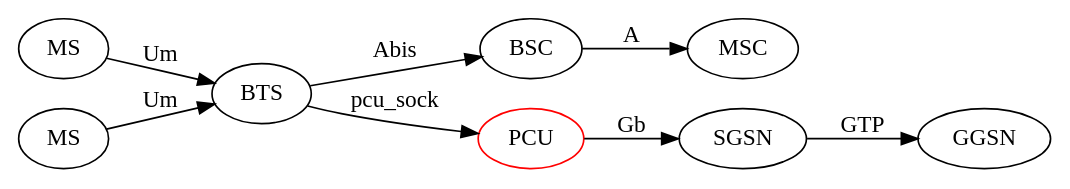
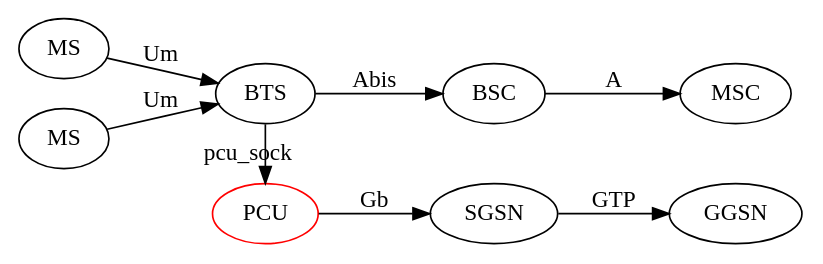
The diagram in doc/manuals/chapters/overview.adoc (osmocom/osmo-pcu), drawn with Graphviz before and after one commit.

Commit message:
doc: overview: put BTS and PCU on the same rank
The manual so far describes how OsmoPCU is run in co-location with the
BTS but Figure 1 shows the PCU next to the BSC. Lets put BTS and PCU on
the same rank so that they appear next to each other. This reflects the
reality better.

```diff
--- a/doc/manuals/chapters/overview.adoc
+++ b/doc/manuals/chapters/overview.adoc
@@ -16,16 +16,17 @@
 [graphviz]
 ----
 digraph G {
 	rankdir=LR;
 	MS0 [label="MS"]
 	MS1 [label="MS"]
 	MS0->BTS [label="Um"]
 	MS1->BTS [label="Um"]
 	BTS->BSC [label="Abis"]
 	BSC->MSC [label="A"]
 	BTS->PCU [label="pcu_sock"]
 	PCU->SGSN [label="Gb"]
 	SGSN->GGSN [label="GTP"]
 	PCU [color=red]
+	{ rank=same BTS PCU }
 }
 ----
```
